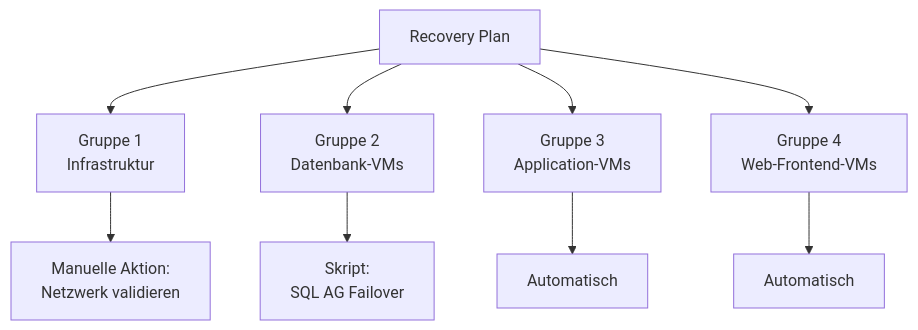
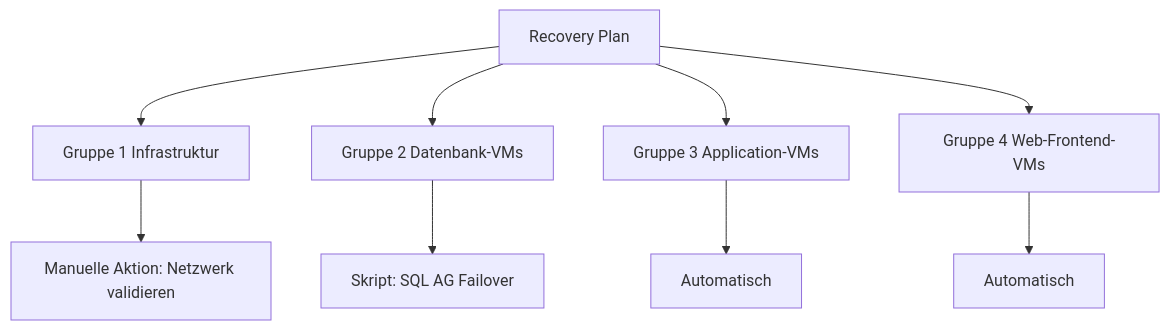
Before and after one commit to SoniiiT/notes-n-docs: the fifth of 6 diagrams in Microsoft 365/Azure/Monitor und Management/Azure Site Recovery.md, drawn with Mermaid. The commit also changed other lines of this file and 124 other files, not shown here.

First line of the commit message:
fix: Entferne \n aus allen Mermaid-Diagrammen (125 Dateien)

````diff
--- a/Microsoft 365/Azure/Monitor und Management/Azure Site Recovery.md
+++ b/Microsoft 365/Azure/Monitor und Management/Azure Site Recovery.md
@@ -245,11 +245,11 @@
 ```mermaid
 graph TD
-    A[Recovery Plan] --> B[Gruppe 1\nInfrastruktur]
-    A --> C[Gruppe 2\nDatenbank-VMs]
-    A --> D[Gruppe 3\nApplication-VMs]
-    A --> E[Gruppe 4\nWeb-Frontend-VMs]
-    B --> F[Manuelle Aktion:\nNetzwerk validieren]
-    C --> G[Skript:\nSQL AG Failover]
+    A[Recovery Plan] --> B[Gruppe 1 Infrastruktur]
+    A --> C[Gruppe 2 Datenbank-VMs]
+    A --> D[Gruppe 3 Application-VMs]
+    A --> E[Gruppe 4 Web-Frontend-VMs]
+    B --> F[Manuelle Aktion: Netzwerk validieren]
+    C --> G[Skript: SQL AG Failover]
     D --> H[Automatisch]
     E --> I[Automatisch]
 ```
````
